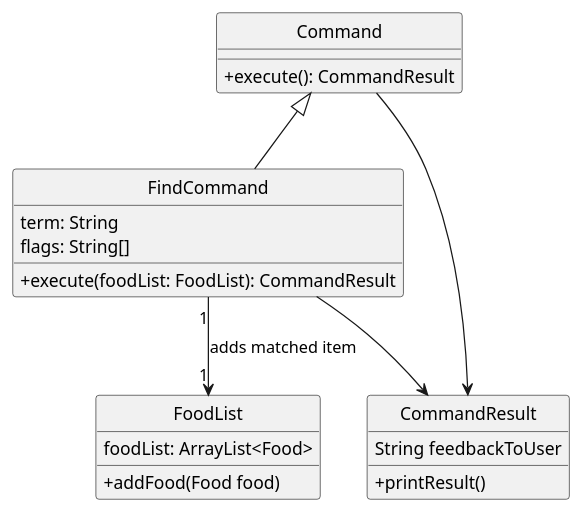
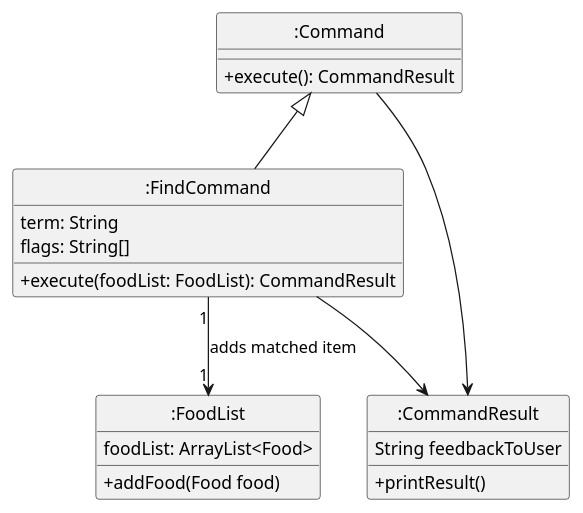
One commit to tsx0314/tp changed the diagram in docs/puml/FindCommandClassDiagram.puml. Above: the diagram before and after it, drawn with PlantUML. The commit also changed 5 other files, not shown here.

```diff
--- a/docs/puml/FindCommandClassDiagram.puml
+++ b/docs/puml/FindCommandClassDiagram.puml
@@ -1,29 +1,29 @@
 @startuml
 hide circle
 skinparam classAttributeIconSize 0
 
-Command <|-- FindCommand
-class Command {
+":Command" <|-- ":FindCommand"
+class ":Command" {
     +execute(): CommandResult
 }
 
-class CommandResult {
+class ":CommandResult" {
     String feedbackToUser
     +printResult()
 }
-class FindCommand {
+class ":FindCommand" {
     term: String
     flags: String[]
     +execute(foodList: FoodList): CommandResult
 }
 
 
-FindCommand "1" --> "1" FoodList: adds matched item
-Command  --> CommandResult
-FindCommand  --> CommandResult
+":FindCommand" "1" --> "1" ":FoodList": adds matched item
+":Command"  --> ":CommandResult"
+":FindCommand"  --> ":CommandResult"
 
-class FoodList {
+class ":FoodList" {
     +addFood(Food food)
     foodList: ArrayList<Food>
 }
 @enduml
```
